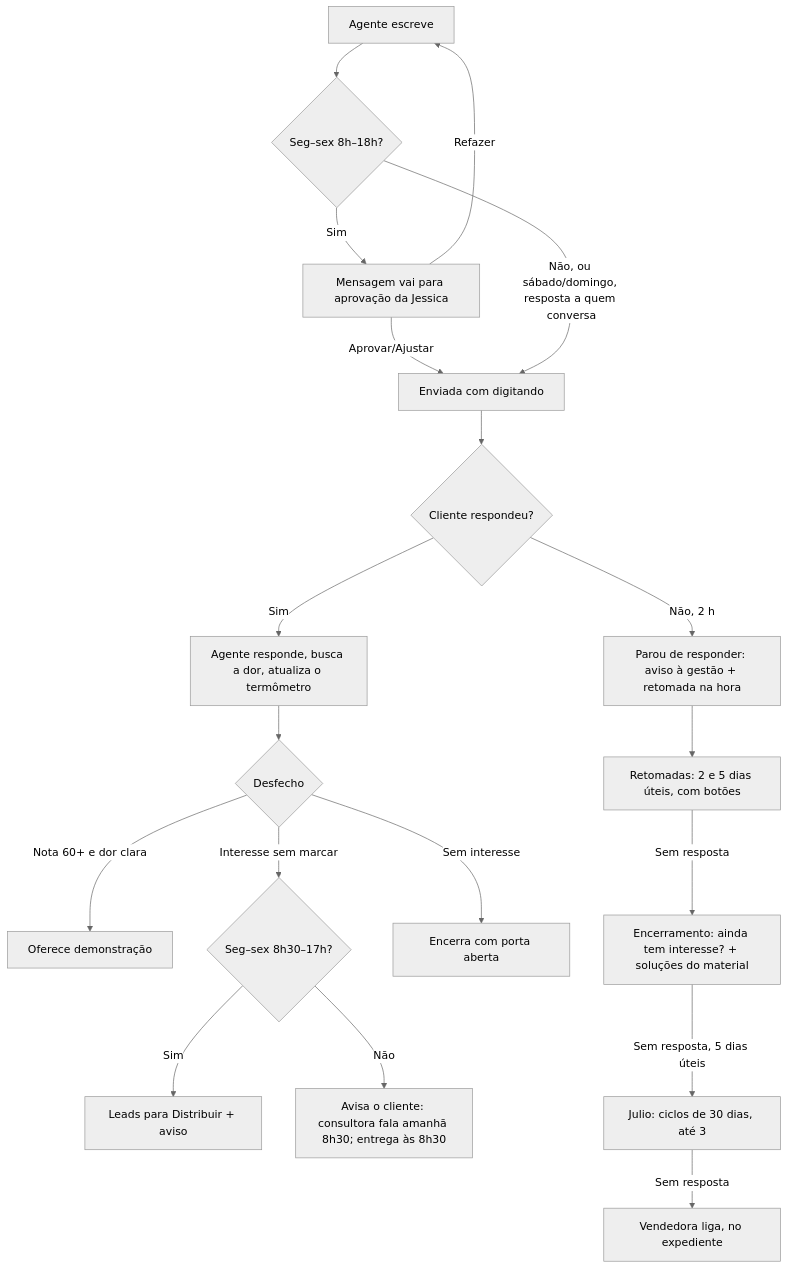
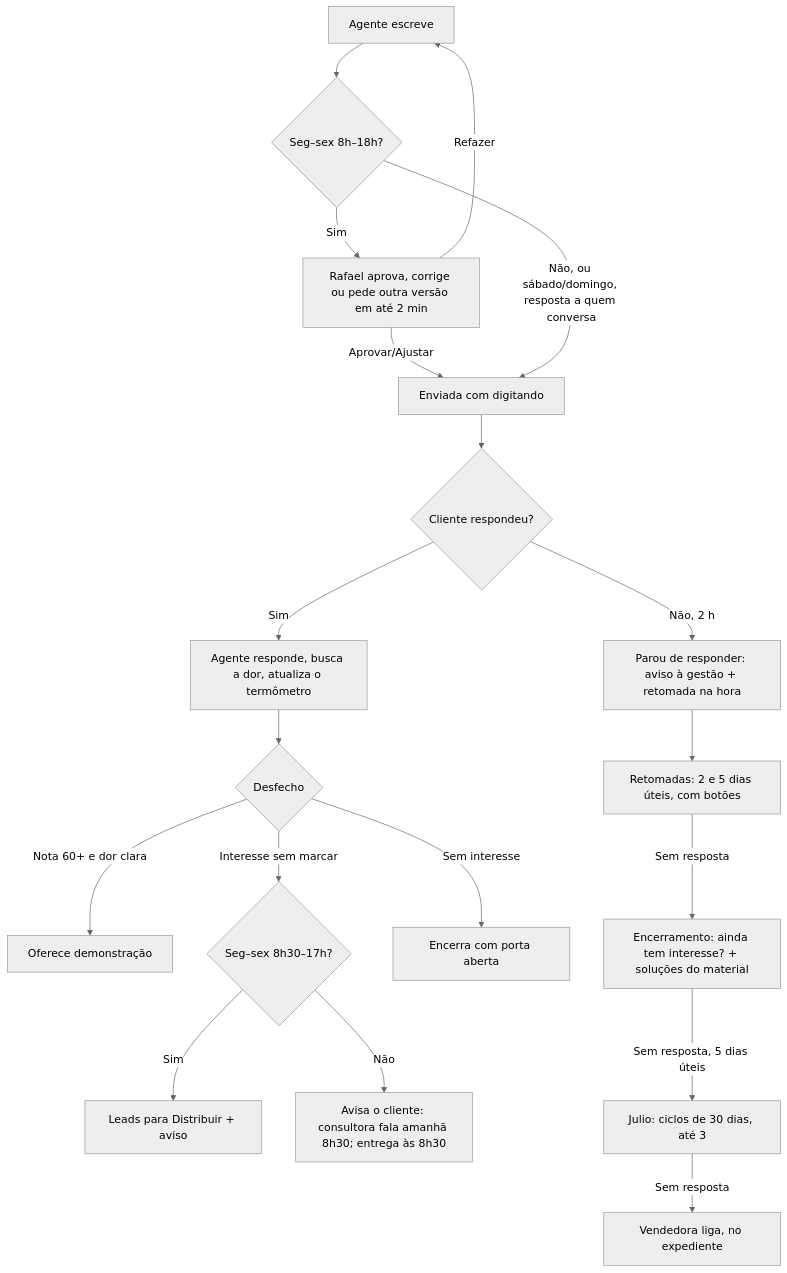
The second of 4 diagrams in docs/produto/03-app-flow.md (prosystemcomercial-JESSICA/crmcomercialprosystem), drawn with Mermaid (neutral theme) before and after one commit. The commit also changed other lines of this file and 12 other files, not shown here.

First line of the commit message:
feat(agentes): o Rafael aprova as mensagens dos SDRs em até 2 minutos

````diff
--- a/docs/produto/03-app-flow.md
+++ b/docs/produto/03-app-flow.md
@@ -34,21 +34,21 @@
 ```mermaid
 flowchart TD
   A[Agente escreve] --> B{Seg–sex 8h–18h?}
-  B -- Sim --> C[Mensagem vai para aprovação da Jessica]
+  B -- Sim --> C[Rafael aprova, corrige ou pede outra versão em até 2 min]
   C -- Aprovar/Ajustar --> D[Enviada com digitando]
   C -- Refazer --> A
   B -- Não, ou sábado/domingo, resposta a quem conversa --> D
   D --> E{Cliente respondeu?}
   E -- Sim --> F[Agente responde, busca a dor, atualiza o termômetro]
   F --> G{Desfecho}
   G -- Nota 60+ e dor clara --> H[Oferece demonstração]
   G -- Interesse sem marcar --> I{Seg–sex 8h30–17h?}
   I -- Sim --> J[Leads para Distribuir + aviso]
   I -- Não --> K[Avisa o cliente: consultora fala amanhã 8h30; entrega às 8h30]
   G -- Sem interesse --> L[Encerra com porta aberta]
   E -- Não, 2 h --> M[Parou de responder: aviso à gestão + retomada na hora]
   M --> N[Retomadas: 2 e 5 dias úteis, com botões]
   N -- Sem resposta --> N2[Encerramento: ainda tem interesse? + soluções do material]
   N2 -- Sem resposta, 5 dias úteis --> O[Julio: ciclos de 30 dias, até 3]
   O -- Sem resposta --> P[Vendedora liga, no expediente]
 ```
````
